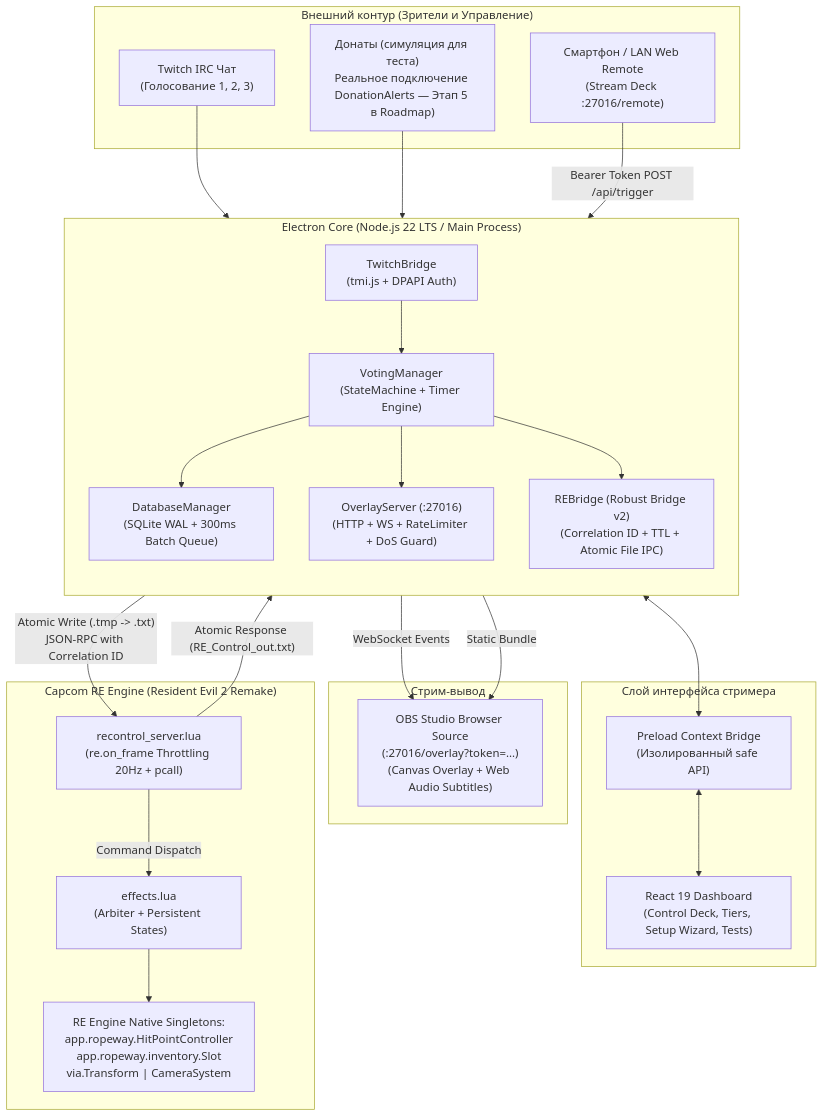
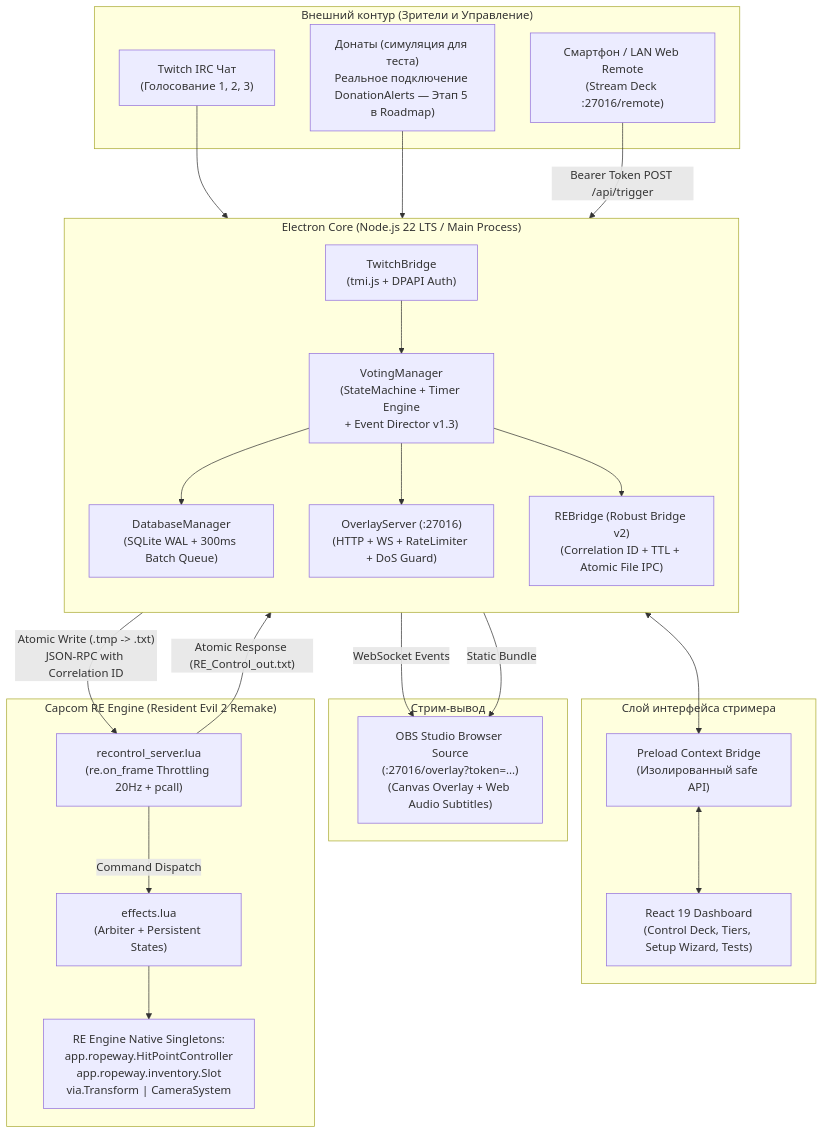
Before and after one commit to Djoystick/RE-Control: the diagram in README.md, drawn with Mermaid. The commit also changed other lines of this file, not shown here.

First line of the commit message:
docs: adapt README to v1.3.0 - director, chat commands, panic hotkey

````diff
--- a/README.md
+++ b/README.md
@@ -96,52 +98,52 @@
 ```mermaid
 flowchart TB
     subgraph Viewers[" Внешний контур (Зрители и Управление) "]
         TwitchChat["Twitch IRC Чат\n(Голосование 1, 2, 3)"]
         Donations["Донаты (симуляция для теста)\nРеальное подключение DonationAlerts — Этап 5 в Roadmap)"]
         WebRemote["Смартфон / LAN Web Remote\n(Stream Deck :27016/remote)"]
     end
 
     subgraph Electron[" Electron Core (Node.js 22 LTS / Main Process) "]
         direction TB
         TwitchBridge["TwitchBridge\n(tmi.js + DPAPI Auth)"]
-        VotingMgr["VotingManager\n(StateMachine + Timer Engine)"]
+        VotingMgr["VotingManager\n(StateMachine + Timer Engine\n+ Event Director v1.3)"]
         DBMgr["DatabaseManager\n(SQLite WAL + 300ms Batch Queue)"]
         OverlaySrv["OverlayServer (:27016)\n(HTTP + WS + RateLimiter + DoS Guard)"]
         Bridge["REBridge (Robust Bridge v2)\n(Correlation ID + TTL + Atomic File IPC)"]
     end
 
     subgraph UI[" Слой интерфейса стримера "]
         Preload["Preload Context Bridge\n(Изолированный safe API)"]
         ReactApp["React 19 Dashboard\n(Control Deck, Tiers, Setup Wizard, Tests)"]
     end
 
     subgraph Streaming[" Стрим-вывод "]
         OBS["OBS Studio Browser Source\n(:27016/overlay?token=...)\n(Canvas Overlay + Web Audio Subtitles)"]
     end
 
     subgraph GameEngine[" Capcom RE Engine (Resident Evil 2 Remake) "]
         ServerLua["recontrol_server.lua\n(re.on_frame Throttling 20Hz + pcall)"]
         EffectsLua["effects.lua\n(Arbiter + Persistent States)"]
         REMemory["RE Engine Native Singletons:\napp.ropeway.HitPointController\napp.ropeway.inventory.Slot\nvia.Transform | CameraSystem"]
     end
 
     TwitchChat --> TwitchBridge
     Donations --> VotingMgr
     WebRemote -- "Bearer Token POST /api/trigger" --> OverlaySrv
 
     TwitchBridge --> VotingMgr
     VotingMgr --> DBMgr
     VotingMgr --> OverlaySrv
     VotingMgr --> Bridge
 
     OverlaySrv -- "WebSocket Events" --> OBS
     OverlaySrv -- "Static Bundle" --> OBS
 
     Bridge -- "Atomic Write (.tmp -> .txt)\nJSON-RPC with Correlation ID" --> ServerLua
     ServerLua -- "Command Dispatch" --> EffectsLua
     EffectsLua --> REMemory
     ServerLua -- "Atomic Response (RE_Control_out.txt)" --> Bridge
 
     Preload <--> ReactApp
     Electron <--> Preload
 ```
````
